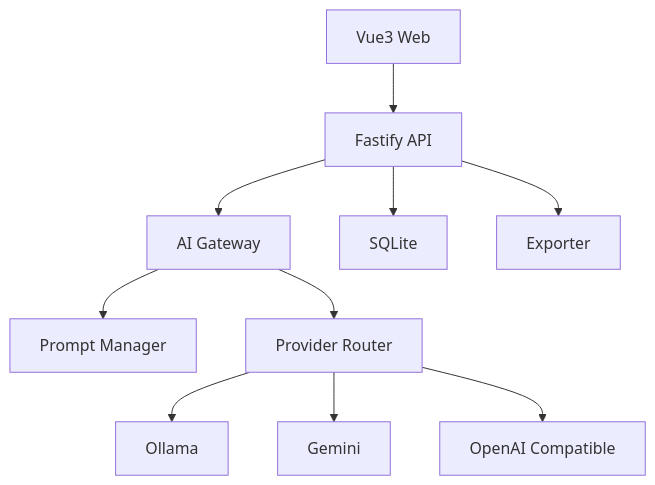
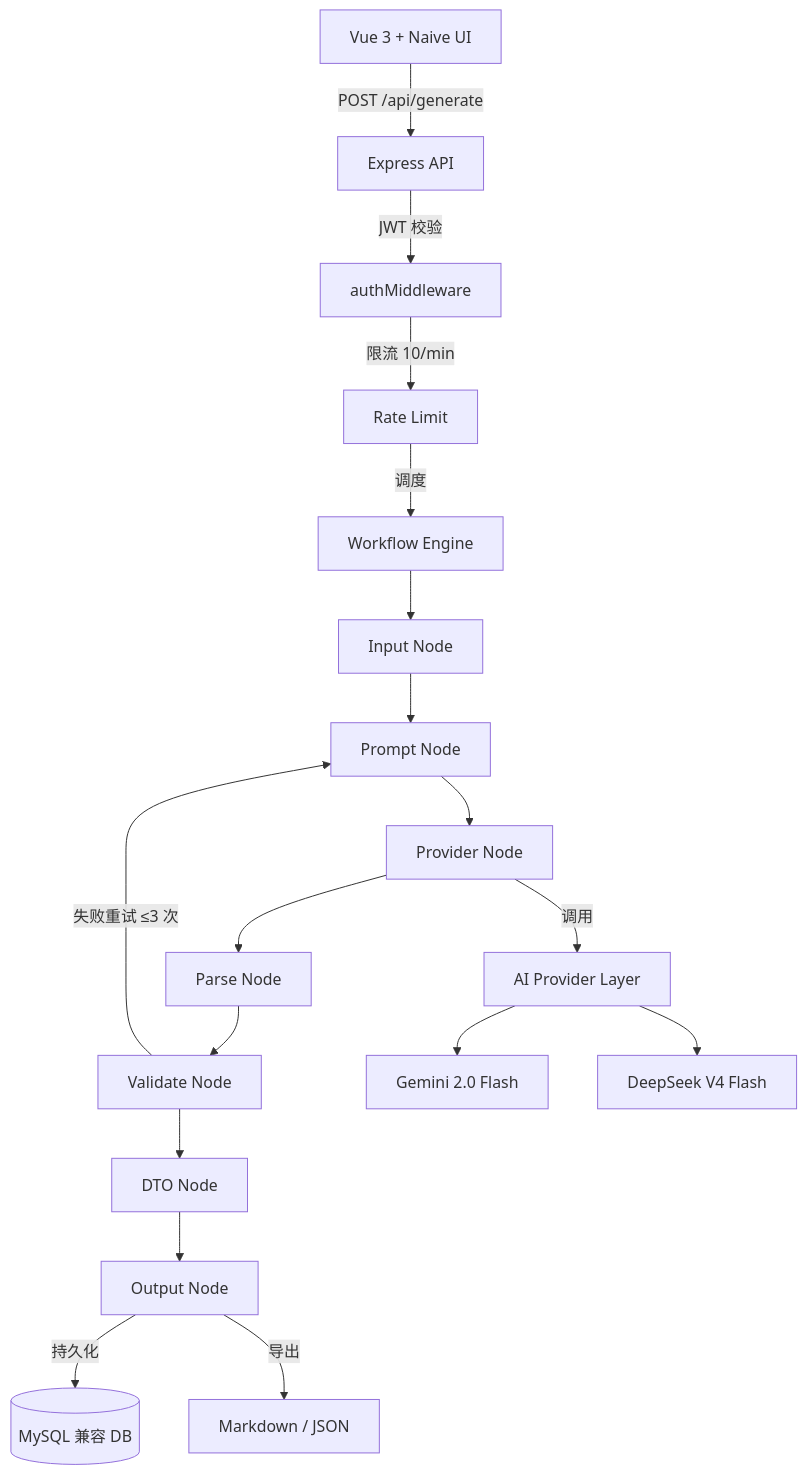
Before and after one commit to pikachuprogrammer01/ContentFlow-Lite: the diagram in README.md, drawn with Mermaid. The commit also changed other lines of this file and 51 other files, not shown here.

````diff
--- a/README.md
+++ b/README.md
@@ -222,57 +69,23 @@
 ```mermaid
 graph TD
-
-A[Vue3 Web]
-
--->
-
-B[Fastify API]
-
-B
-
--->
-
-C[AI Gateway]
-
-C
-
--->
-
-D[Prompt Manager]
-
-C
-
--->
-
-E[Provider Router]
-
-E
-
--->
-
-F[Ollama]
-
-E
-
--->
-
-G[Gemini]
-
-E
-
--->
-
-H[OpenAI Compatible]
-
-B
-
--->
-
-I[SQLite]
-
-B
-
--->
-
-J[Exporter]
+    A[Vue 3 + Naive UI] -->|POST /api/generate| B[Express API]
+    B -->|JWT 校验| C[authMiddleware]
+    C -->|限流 10/min| D[Rate Limit]
+    D -->|调度| E[Workflow Engine]
+    
+    E --> F[Input Node]
+    F --> G[Prompt Node]
+    G --> H[Provider Node]
+    H --> I[Parse Node]
+    I --> J[Validate Node]
+    J -->|失败重试 ≤3 次| G
+    J --> K[DTO Node]
+    K --> L[Output Node]
+    
+    H -->|调用| M[AI Provider Layer]
+    M --> N[Gemini 2.0 Flash]
+    M --> O[DeepSeek V4 Flash]
+    
+    L -->|持久化| P[(MySQL 兼容 DB)]
+    L -->|导出| Q[Markdown / JSON]
 ```
````
